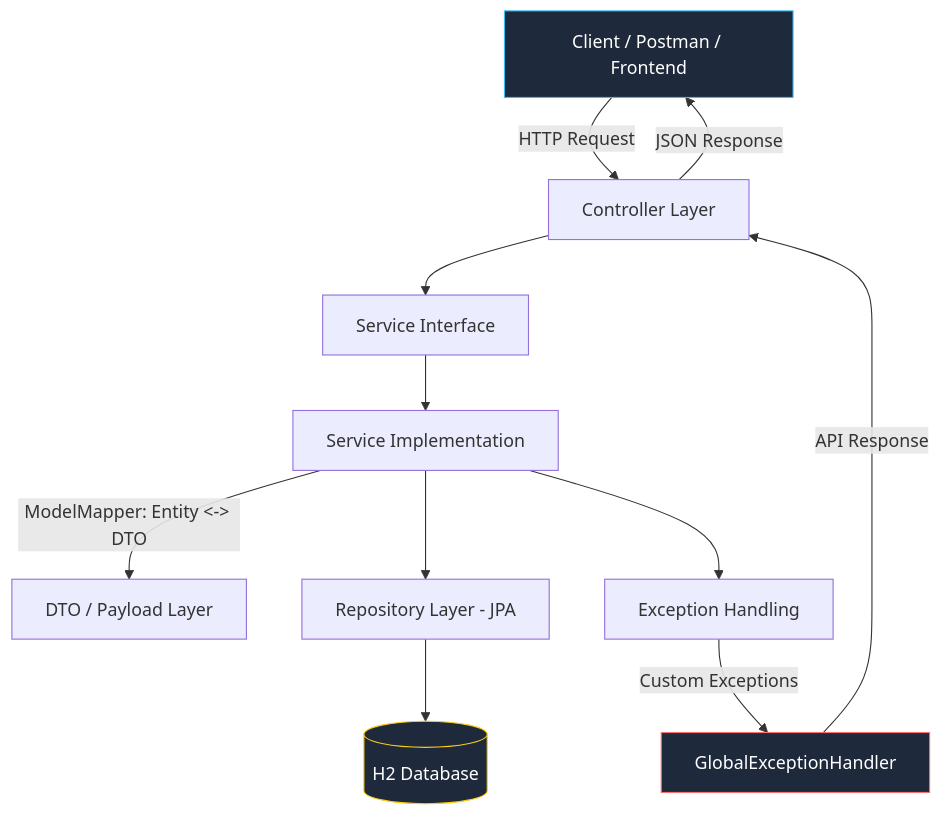
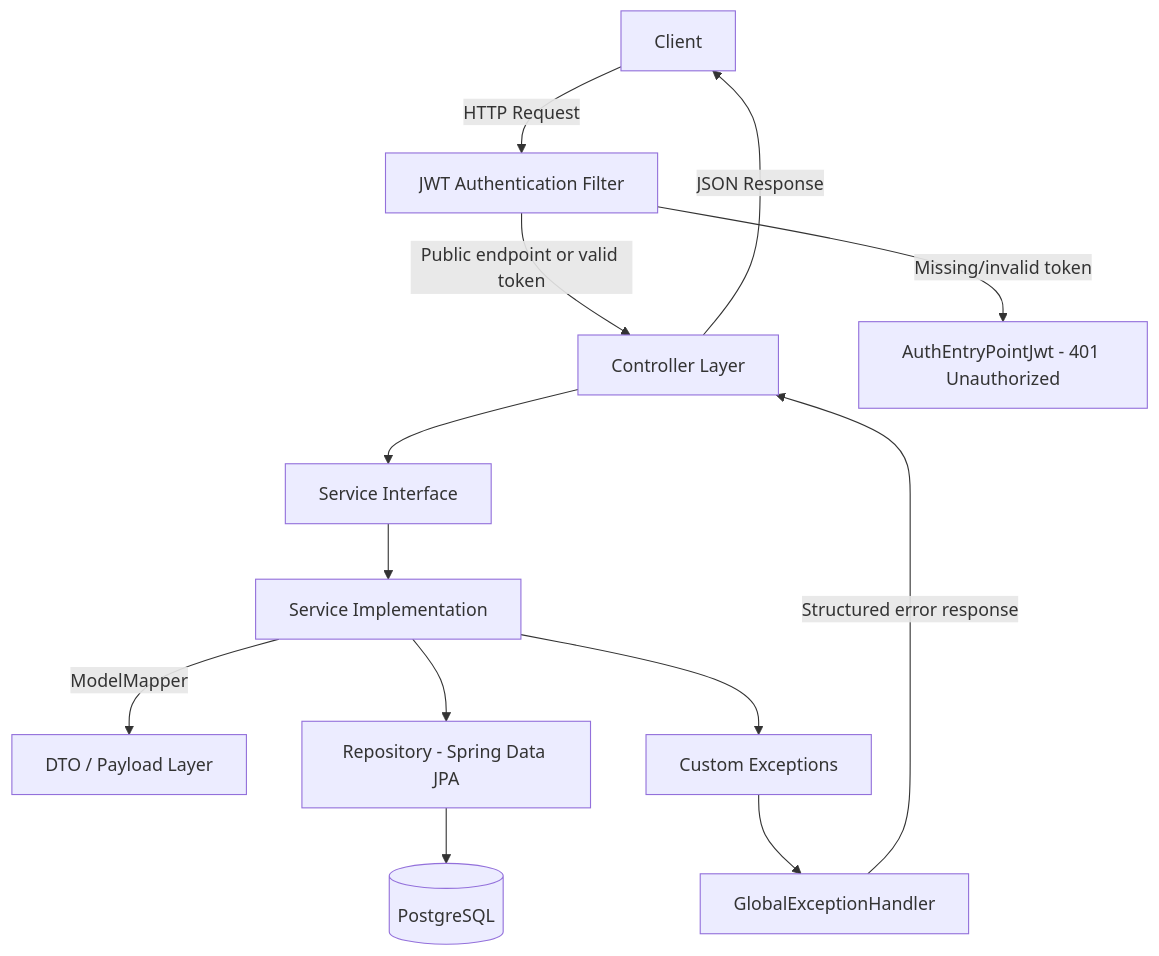
One commit to Sougata2006/springboot-ecommerce changed the first of 2 diagrams in README.md. Above: the diagram before and after it, drawn with Mermaid. The commit also changed other lines of this file and 6 other files, not shown here.

````diff
--- a/README.md
+++ b/README.md
@@ -74,17 +94,15 @@
 ```mermaid
 graph TD
-    A[Client / Postman / Frontend] -->|HTTP Request| B[Controller Layer]
-    B --> C[Service Interface]
-    C --> D[Service Implementation]
-    D -->|ModelMapper: Entity <-> DTO| E[DTO / Payload Layer]
-    D --> F[Repository Layer - JPA]
-    F --> G[(H2 Database)]
-    D --> H[Exception Handling]
-    H -->|Custom Exceptions| I[GlobalExceptionHandler]
-    I -->|API Response| B
-    B -->|JSON Response| A
-
-    style A fill:#1e293b,stroke:#38bdf8,color:#fff
-    style G fill:#1e293b,stroke:#facc15,color:#fff
-    style I fill:#1e293b,stroke:#f87171,color:#fff
+    Client[Client] -->|HTTP Request| Filter[JWT Authentication Filter]
+    Filter -->|Public endpoint or valid token| Controller[Controller Layer]
+    Filter -->|Missing/invalid token| EntryPoint[AuthEntryPointJwt - 401 Unauthorized]
+    Controller --> SvcI[Service Interface]
+    SvcI --> SvcImpl[Service Implementation]
+    SvcImpl -->|ModelMapper| DTO[DTO / Payload Layer]
+    SvcImpl --> Repo[Repository - Spring Data JPA]
+    Repo --> DB[(PostgreSQL)]
+    SvcImpl --> Exc[Custom Exceptions]
+    Exc --> GEH[GlobalExceptionHandler]
+    GEH -->|Structured error response| Controller
+    Controller -->|JSON Response| Client
 ```
````
